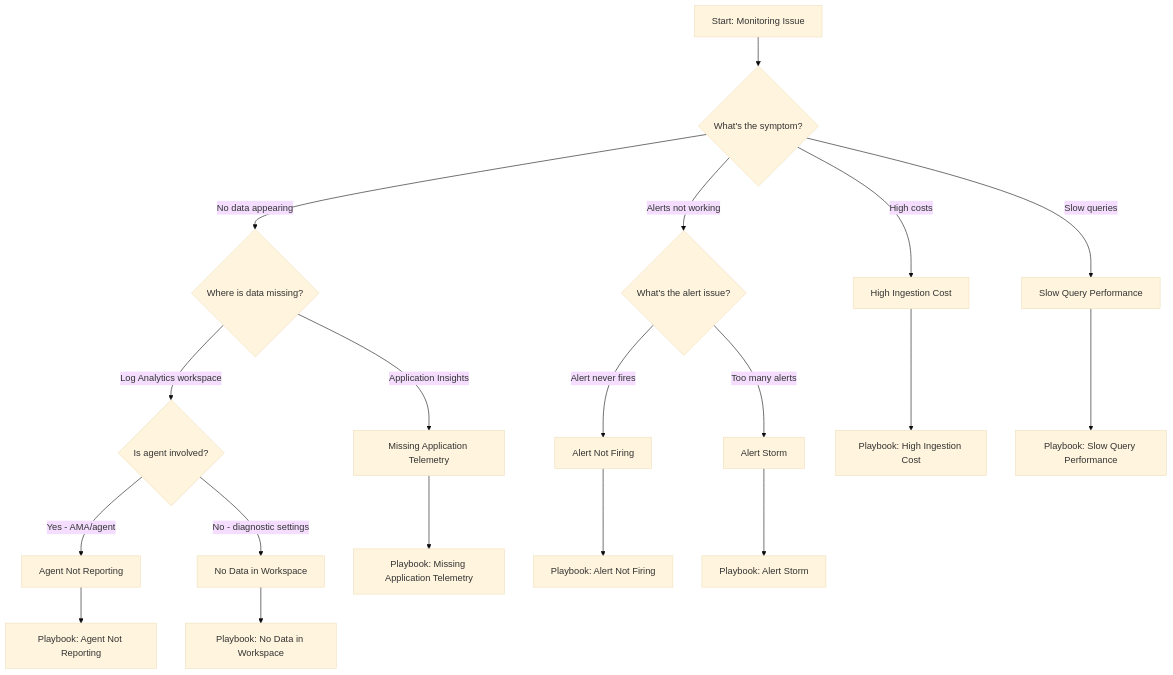
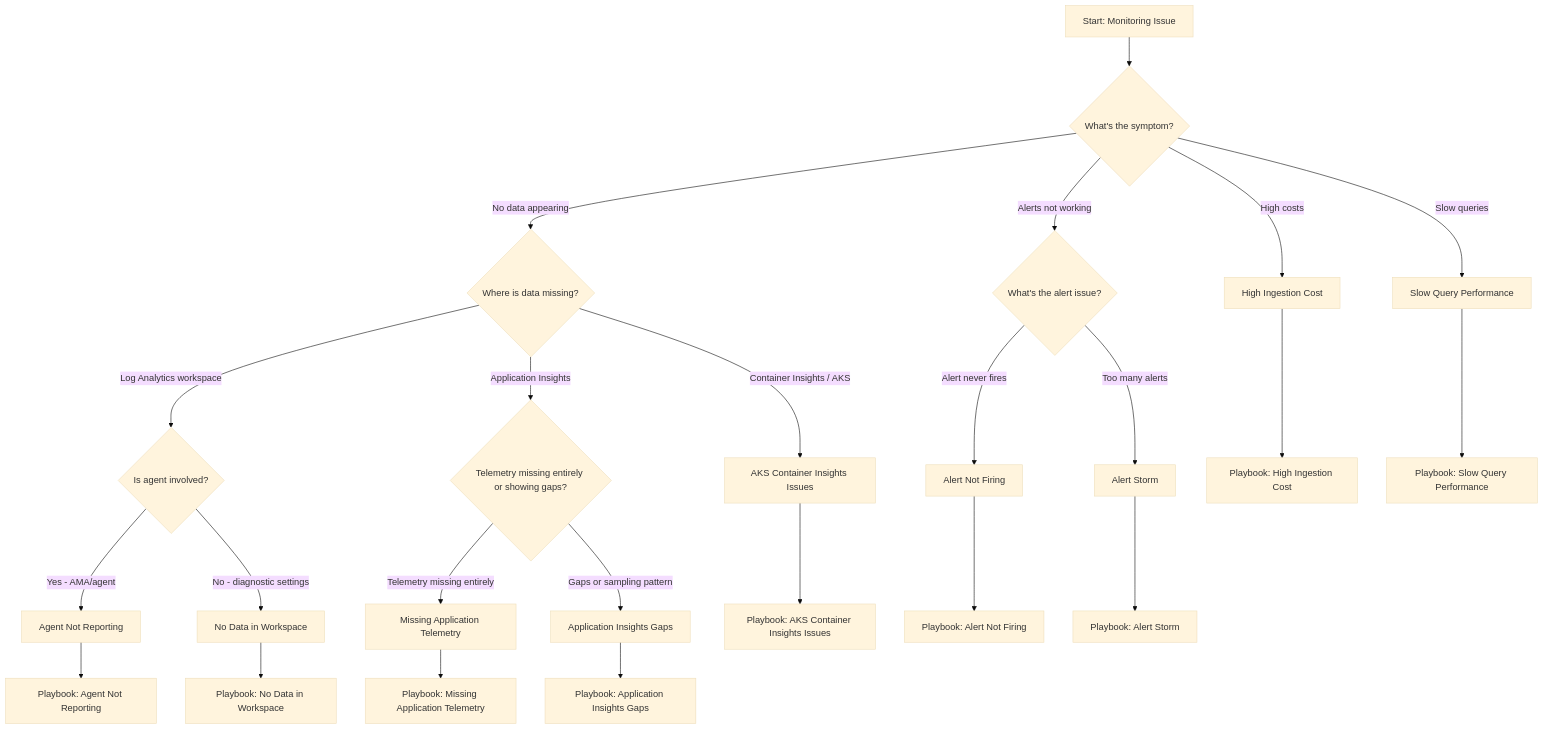
Before and after one commit to yeongseon/azure-monitoring-practical-guide: the diagram in docs/troubleshooting/decision-tree.md, drawn with Mermaid (base theme). The commit also changed other lines of this file and 22 other files, not shown here.

````diff
--- a/docs/troubleshooting/decision-tree.md
+++ b/docs/troubleshooting/decision-tree.md
@@ -18,34 +18,41 @@
 ```mermaid
 flowchart TD
     A[Start: Monitoring Issue] --> B{What's the symptom?}
     
     B -->|No data appearing| C{Where is data missing?}
     B -->|Alerts not working| D{What's the alert issue?}
     B -->|High costs| E[High Ingestion Cost]
     B -->|Slow queries| F[Slow Query Performance]
     
     C -->|Log Analytics workspace| G{Is agent involved?}
-    C -->|Application Insights| H[Missing Application Telemetry]
+    C -->|Application Insights| H{Telemetry missing entirely or showing gaps?}
+    C -->|Container Insights / AKS| M[AKS Container Insights Issues]
     
     G -->|Yes - AMA/agent| I[Agent Not Reporting]
     G -->|No - diagnostic settings| J[No Data in Workspace]
+    H -->|Telemetry missing entirely| H1[Missing Application Telemetry]
+    H -->|Gaps or sampling pattern| N[Application Insights Gaps]
     
     D -->|Alert never fires| K[Alert Not Firing]
     D -->|Too many alerts| L[Alert Storm]
     
     E --> E1[Playbook: High Ingestion Cost]
     F --> F1[Playbook: Slow Query Performance]
-    H --> H1[Playbook: Missing Application Telemetry]
+    H1 --> H1P[Playbook: Missing Application Telemetry]
     I --> I1[Playbook: Agent Not Reporting]
     J --> J1[Playbook: No Data in Workspace]
     K --> K1[Playbook: Alert Not Firing]
     L --> L1[Playbook: Alert Storm]
+    M --> M1[Playbook: AKS Container Insights Issues]
+    N --> N1[Playbook: Application Insights Gaps]
     
     click E1 "playbooks/high-ingestion-cost.md"
     click F1 "playbooks/slow-query-performance.md"
-    click H1 "playbooks/missing-application-telemetry.md"
+    click H1P "playbooks/missing-application-telemetry.md"
     click I1 "playbooks/agent-not-reporting.md"
     click J1 "playbooks/no-data-in-workspace.md"
     click K1 "playbooks/alert-not-firing.md"
     click L1 "playbooks/alert-storm.md"
+    click M1 "playbooks/aks-container-insights-issues.md"
+    click N1 "playbooks/application-insights-gaps.md"
 ```
````
